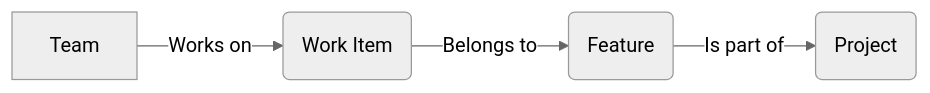
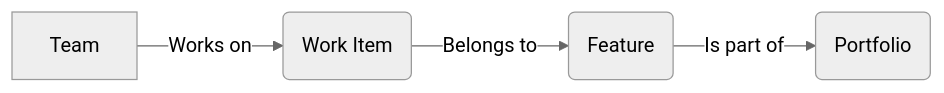
Before and after one commit to LetPeopleWork/Lighthouse: the first of 5 diagrams in docs/concepts/howlighthouseforecasts.md, drawn with Mermaid. The commit also changed other lines of this file and 18 other files, not shown here.

Commit message:
Streamline naming in docs: Project --> Portfolio

````diff
--- a/docs/concepts/howlighthouseforecasts.md
+++ b/docs/concepts/howlighthouseforecasts.md
@@ -74,7 +74,7 @@
 ```mermaid
 %%{init: {'theme': 'neutral'}}%%
 flowchart LR
     T1[Team ] -->|Works on| W1(Work Item)
     W1 --> |Belongs to| F1(Feature)
-    F1 --> |Is part of| P1(Project)
+    F1 --> |Is part of| P1(Portfolio)
 ```
````
